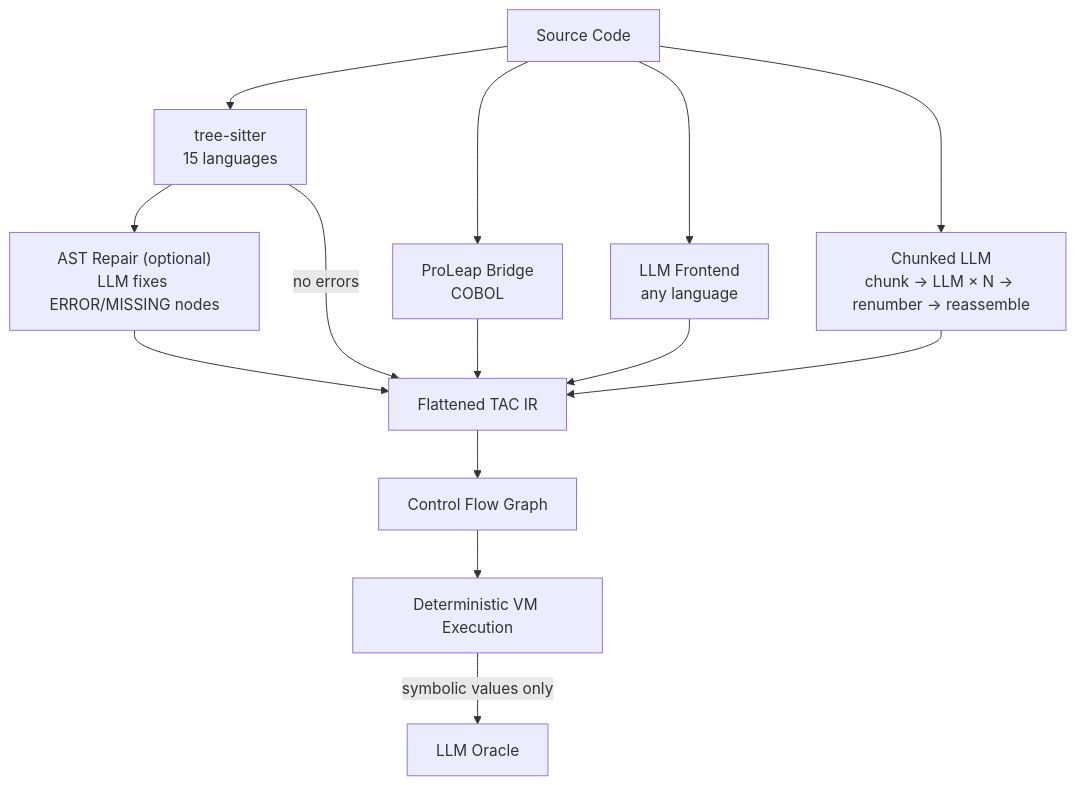
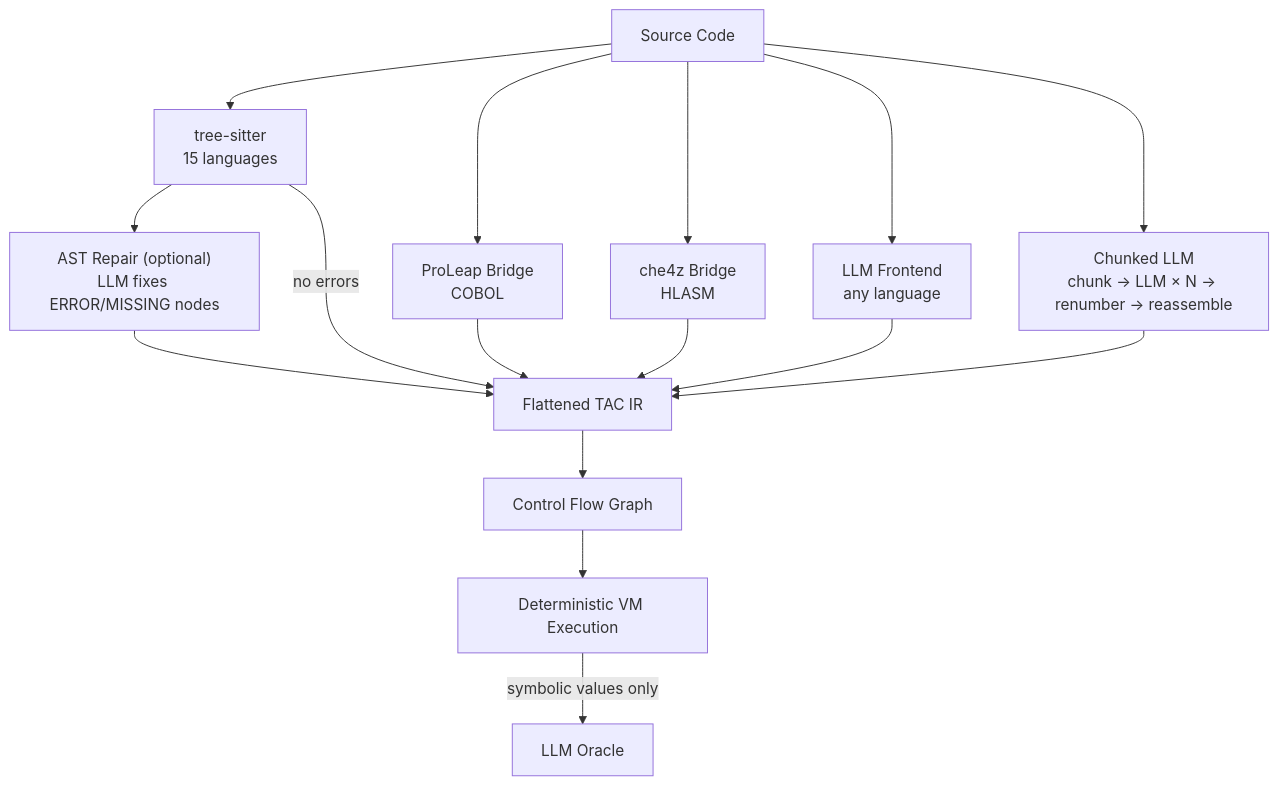
One commit to avishek-sen-gupta/red-dragon changed the first of 2 diagrams in README.md. Above: the diagram before and after it, drawn with Mermaid. The commit also changed other lines of this file and 16 other files, not shown here.

````diff
--- a/README.md
+++ b/README.md
@@ -102,18 +102,20 @@
 ```mermaid
 flowchart TD
     SRC[Source Code] --> DET["tree-sitter<br>15 languages"]
     SRC --> COBOL["ProLeap Bridge<br>COBOL"]
+    SRC --> HLASM["che4z Bridge<br>HLASM"]
     SRC --> LLM["LLM Frontend<br>any language"]
     SRC --> CHUNK["Chunked LLM<br>chunk → LLM × N → renumber → reassemble"]
 
     DET --> REPAIR["AST Repair (optional)<br>LLM fixes ERROR/MISSING nodes"]
     REPAIR --> IR[Flattened TAC IR]
     DET -->|no errors| IR
     COBOL --> IR
+    HLASM --> IR
     LLM --> IR
     CHUNK --> IR
 
     IR --> CFG[Control Flow Graph]
     CFG --> VM[Deterministic VM Execution]
     VM -->|symbolic values only| ORACLE[LLM Oracle]
 ```
````
